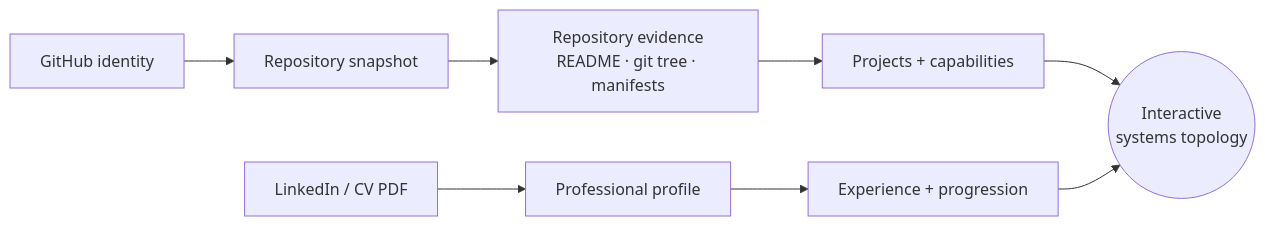
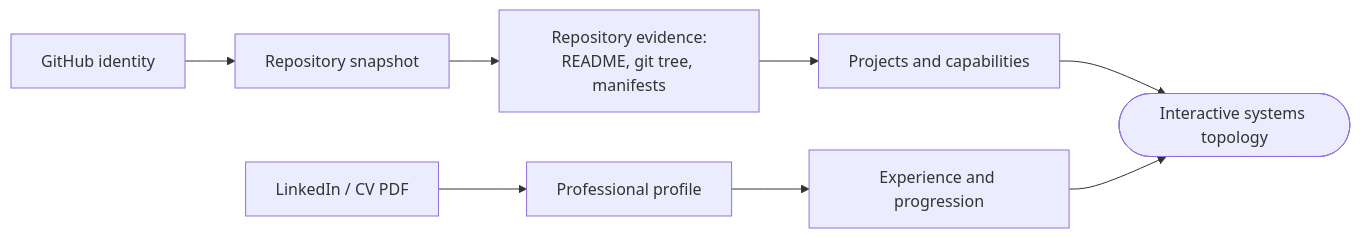
One commit to SalAkBuK/Systems_Cartography_Portfolio changed the diagram in README.md. Above: the diagram before and after it, drawn with Mermaid.

Commit message:
docs: simplify README mermaid diagram to plain-label syntax
Quote every node label and use a stadium terminal node so the pipeline
diagram renders reliably on GitHub. No content change.

````diff
--- a/README.md
+++ b/README.md
@@ -42,10 +42,10 @@
 ```mermaid
 flowchart LR
-    A[GitHub identity] --> B[Repository snapshot]
-    B --> C["Repository evidence<br/>README · git tree · manifests"]
-    C --> D[Projects + capabilities]
-    P["LinkedIn / CV PDF"] --> Q[Professional profile]
-    Q --> R[Experience + progression]
-    D --> T(("Interactive<br/>systems topology"))
+    A["GitHub identity"] --> B["Repository snapshot"]
+    B --> C["Repository evidence:<br/>README, git tree, manifests"]
+    C --> D["Projects and capabilities"]
+    P["LinkedIn / CV PDF"] --> Q["Professional profile"]
+    Q --> R["Experience and progression"]
+    D --> T(["Interactive systems topology"])
     R --> T
 ```
````
